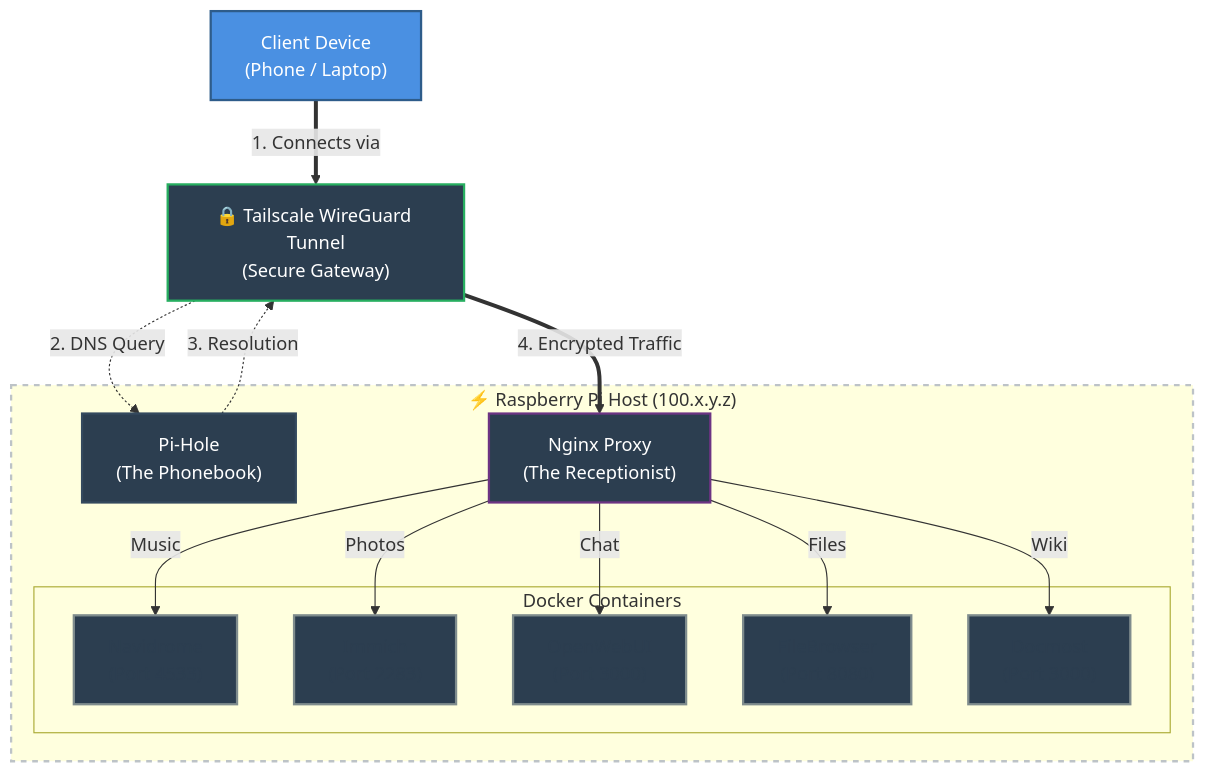
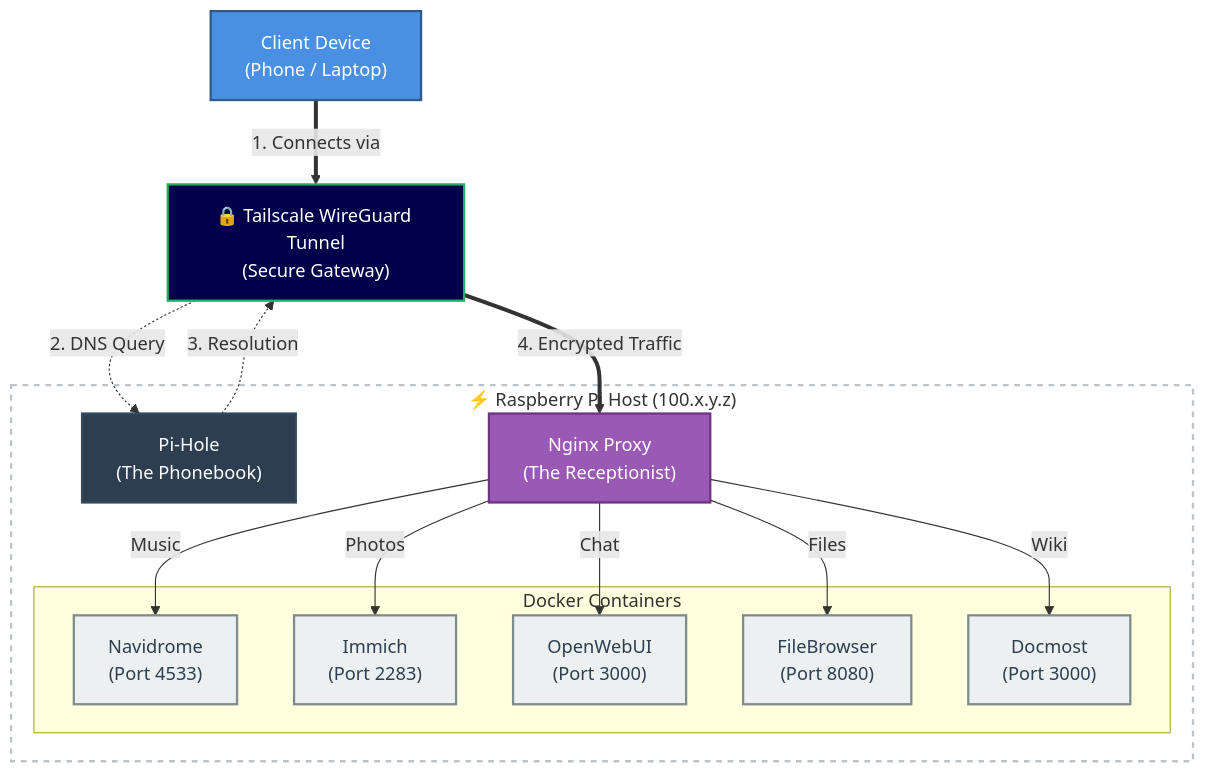
The diagram in README.md (spaceadler/homelab), drawn with Mermaid before and after one commit.

````diff
--- a/README.md
+++ b/README.md
@@ -55,52 +55,65 @@
 ```mermaid
 graph TD
-    %% STYLING
+%% --- STYLING DEFINITIONS ---
+    
+    %% CLIENT (The User Device) -> Currently Bright Blue
+    %% fill: Background Color | stroke: Border Color | color: Text Color
     classDef client fill:#4A90E2,stroke:#2E5C8A,stroke-width:2px,color:#fff;
+
+    %% DNS (Pi-Hole) -> Currently Dark Navy/Grey
     classDef dns fill:#2C3E50,stroke:#34495E,stroke-width:2px,color:#fff;
-    classDef proxy fill:#2C3E50,stroke:#6C3483,stroke-width:2px,color:#fff;
-    classDef service fill:#2C3E50,stroke:#7F8C8D,stroke-width:2px,color:#2C3E50;
-    classDef vpn fill:#2C3E50,stroke:#27AE60,stroke-width:2px,color:#fff; 
-    classDef host stroke:#BDC3C7,stroke-width:2px,stroke-dasharray: 5 5;
+
+    %% PROXY (Nginx) -> Currently Purple
+    classDef proxy fill:#9B59B6,stroke:#6C3483,stroke-width:2px,color:#fff;
+
+    %% SERVICES (The Containers) -> Currently Light Grey/White
+    classDef service fill:#ECF0F1,stroke:#7F8C8D,stroke-width:2px,color:#2C3E50;
+
+    %% VPN (The Tailscale Box) -> Currently Deep Midnight Blue
+    classDef vpn fill:#00004B,stroke:#27AE60,stroke-width:2px,color:#fff; 
+
+    %% HOST (The Raspberry Pi Box) -> Currently White with Dashed Border
+    classDef host fill:#ffffff,stroke:#BDC3C7,stroke-width:2px,stroke-dasharray: 5 5;
 
     %% NODES
     User["Client Device<br/>(Phone / Laptop)"]:::client
     
     %% THE VPN TUNNEL (The Box the phone goes through)
     VPN["🔒 Tailscale WireGuard Tunnel<br/>(Secure Gateway)"]:::vpn
 
     subgraph Host [" ⚡ Raspberry Pi Host (100.x.y.z) "]
         
         PiHole["Pi-Hole<br/>(The Phonebook)"]:::dns
         Nginx["Nginx Proxy<br/>(The Receptionist)"]:::proxy
         
         subgraph Containers [" Docker Containers "]
             Music["Navidrome<br/>(Port 4533)"]:::service
             Immich["Immich<br/>(Port 2283)"]:::service
             AI["OpenWebUI<br/>(Port 3000)"]:::service
             Files["FileBrowser<br/>(Port 8080)"]:::service
             Docs["Docmost<br/>(Port 3000)"]:::service
         end
     end
 
     %% LOGIC FLOW
     
     %% Step 1: The Secure Connection
     User ==>|"1. Connects via"| VPN
 
     %% Step 2: DNS (Through the Tunnel)
     VPN -.->|"2. DNS Query"| PiHole
     PiHole -.->|"3. Resolution"| VPN
 
     %% Step 3: Traffic (Through the Tunnel to Nginx)
     VPN ==>|"4. Encrypted Traffic"| Nginx
 
     %% Step 4: Internal Routing
     Nginx -->|"Music"| Music
     Nginx -->|"Photos"| Immich
     Nginx -->|"Chat"| AI
     Nginx -->|"Files"| Files
     Nginx -->|"Wiki"| Docs
 
     %% Style the Host box
     class Host host;
 ```
````
